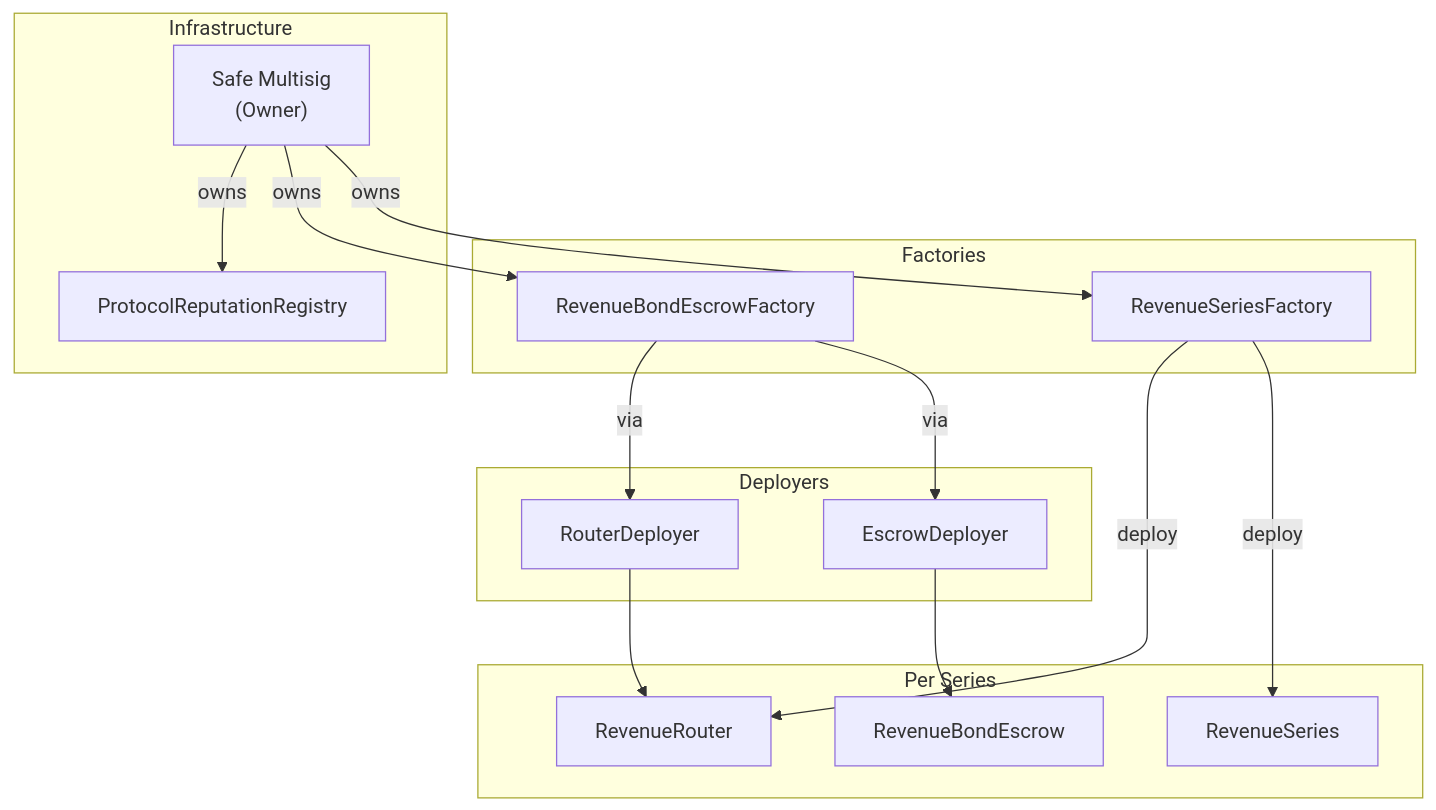
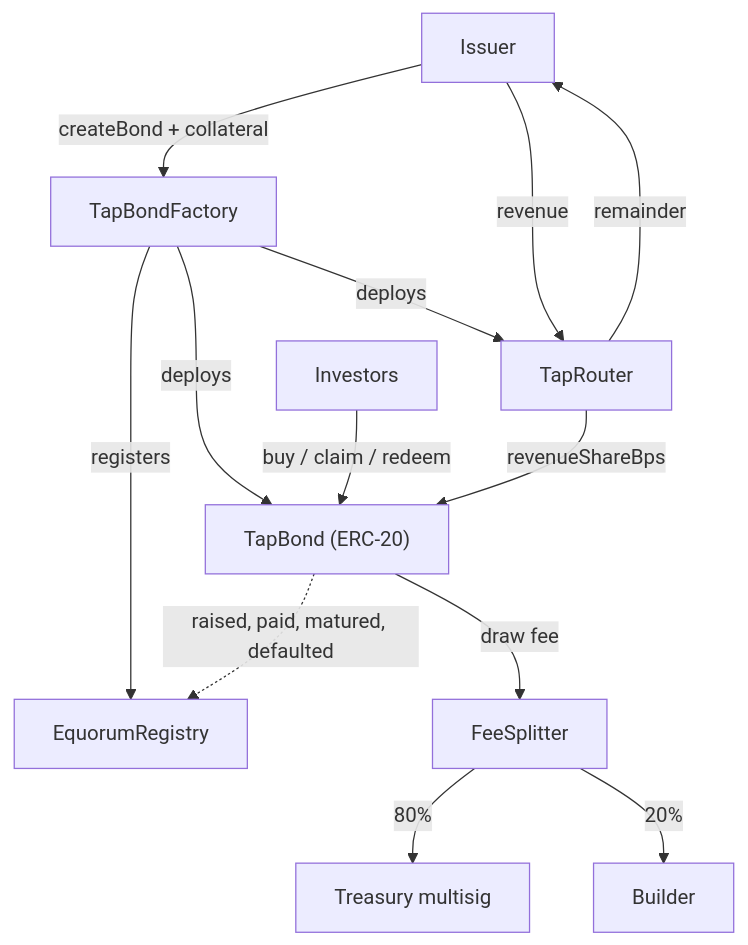
The second of 2 diagrams in WHITEPAPER.md (EquorumProtocol/Equorum-Revenue-Bonds), drawn with Mermaid before and after one commit. The commit also changed other lines of this file and 4 other files, not shown here.

````diff
--- a/WHITEPAPER.md
+++ b/WHITEPAPER.md
@@ -366,27 +264,15 @@
 ```mermaid
 flowchart TB
-    subgraph Factories
-        SF["RevenueSeriesFactory"]
-        EF["RevenueBondEscrowFactory"]
-    end
-    subgraph Deployers
-        ED["EscrowDeployer"]
-        RD["RouterDeployer"]
-    end
-    subgraph "Per Series"
-        RS["RevenueSeries"]
-        RBE["RevenueBondEscrow"]
-        RR["RevenueRouter"]
-    end
-    subgraph Infrastructure
-        REG["ProtocolReputationRegistry"]
-        SAFE["Safe Multisig<br/>(Owner)"]
-    end
-    SF -->|deploy| RS
-    SF -->|deploy| RR
-    EF -->|via| ED --> RBE
-    EF -->|via| RD --> RR
-    SAFE -->|owns| SF
-    SAFE -->|owns| EF
-    SAFE -->|owns| REG
+    ISS["Issuer"] -->|createBond + collateral| F["TapBondFactory"]
+    F -->|deploys| B["TapBond (ERC-20)"]
+    F -->|deploys| R["TapRouter"]
+    F -->|registers| REG["EquorumRegistry"]
+    INV["Investors"] -->|buy / claim / redeem| B
+    B -->|draw fee| FS["FeeSplitter"]
+    FS -->|80%| T["Treasury multisig"]
+    FS -->|20%| BD["Builder"]
+    B -.->|raised, paid, matured, defaulted| REG
+    ISS -->|revenue| R
+    R -->|revenueShareBps| B
+    R -->|remainder| ISS
 ```
````
